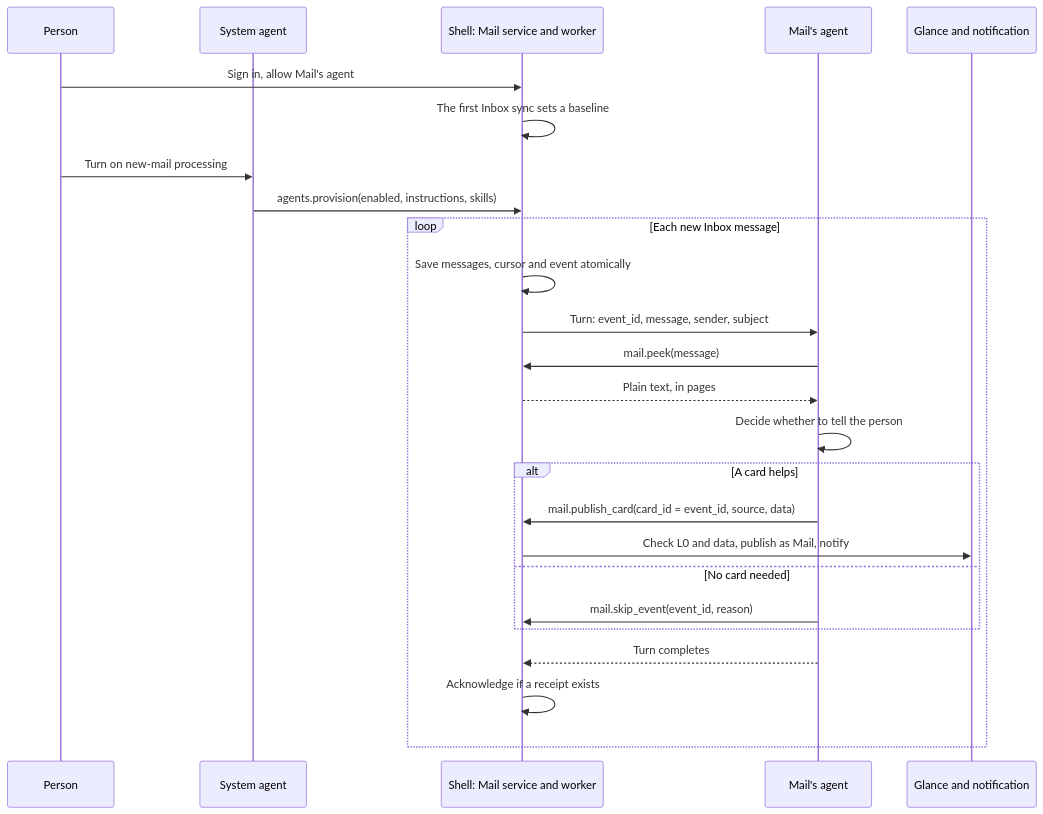
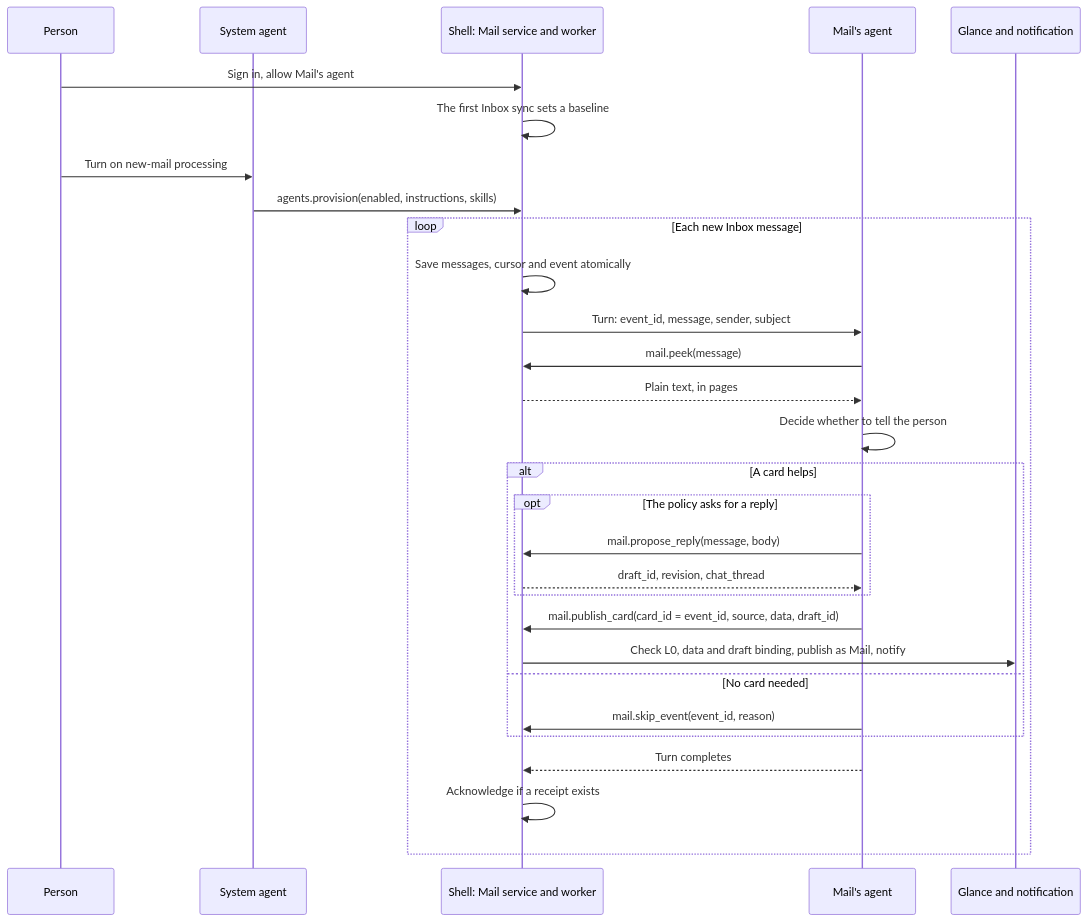
Before and after one commit to OctoSense-org/OctoSense: the diagram in docs/mail-agent-events.md, drawn with Mermaid. The commit also changed other lines of this file and 9 other files, not shown here.

````diff
--- a/docs/mail-agent-events.md
+++ b/docs/mail-agent-events.md
@@ -13,27 +13,31 @@
 ```mermaid
 sequenceDiagram
     participant Person
     participant System as System agent
     participant Host as Shell: Mail service and worker
     participant Mail as Mail's agent
     participant UI as Glance and notification
     Person->>Host: Sign in, allow Mail's agent
     Host->>Host: The first Inbox sync sets a baseline
     Person->>System: Turn on new-mail processing
     System->>Host: agents.provision(enabled, instructions, skills)
     loop Each new Inbox message
         Host->>Host: Save messages, cursor and event atomically
         Host->>Mail: Turn: event_id, message, sender, subject
         Mail->>Host: mail.peek(message)
         Host-->>Mail: Plain text, in pages
         Mail->>Mail: Decide whether to tell the person
         alt A card helps
-            Mail->>Host: mail.publish_card(card_id = event_id, source, data)
-            Host->>UI: Check L0 and data, publish as Mail, notify
+            opt The policy asks for a reply
+                Mail->>Host: mail.propose_reply(message, body)
+                Host-->>Mail: draft_id, revision, chat_thread
+            end
+            Mail->>Host: mail.publish_card(card_id = event_id, source, data, draft_id)
+            Host->>UI: Check L0, data and draft binding, publish as Mail, notify
         else No card needed
             Mail->>Host: mail.skip_event(event_id, reason)
         end
         Mail-->>Host: Turn completes
         Host->>Host: Acknowledge if a receipt exists
     end
 ```
````
